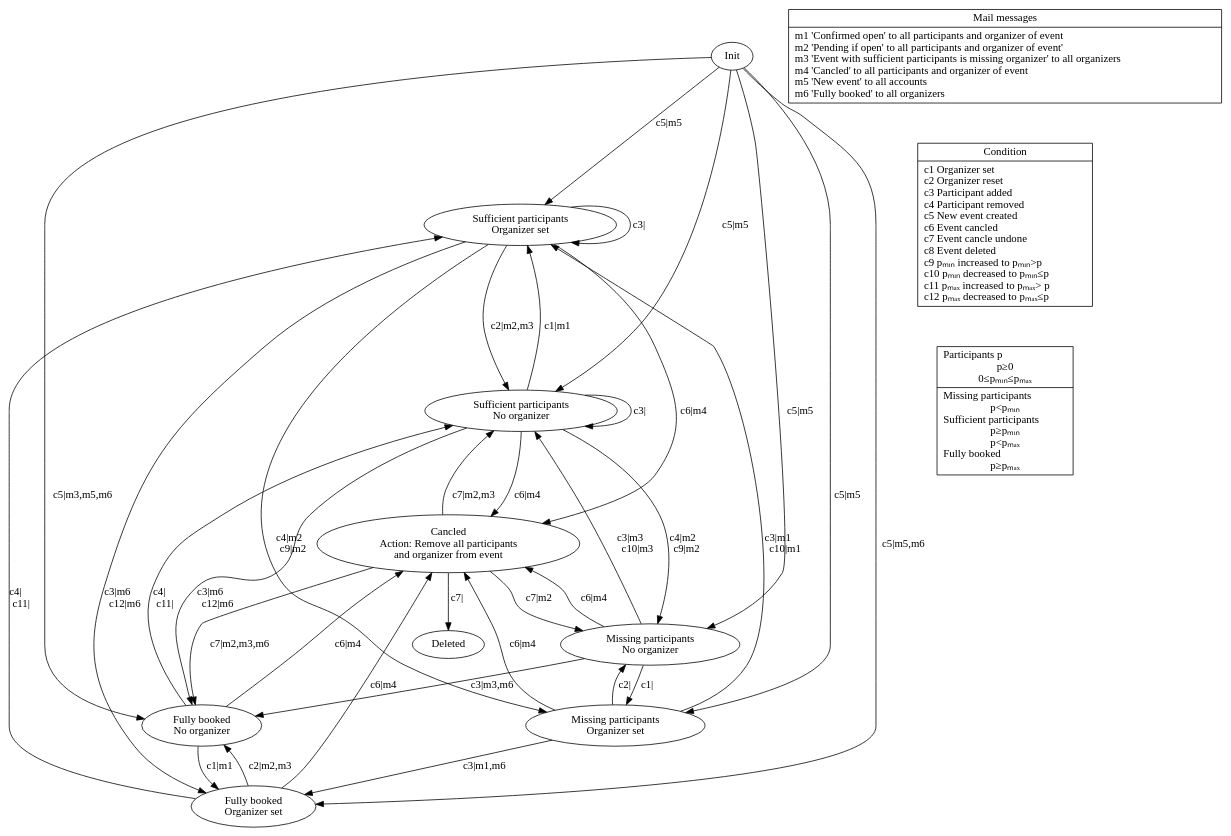
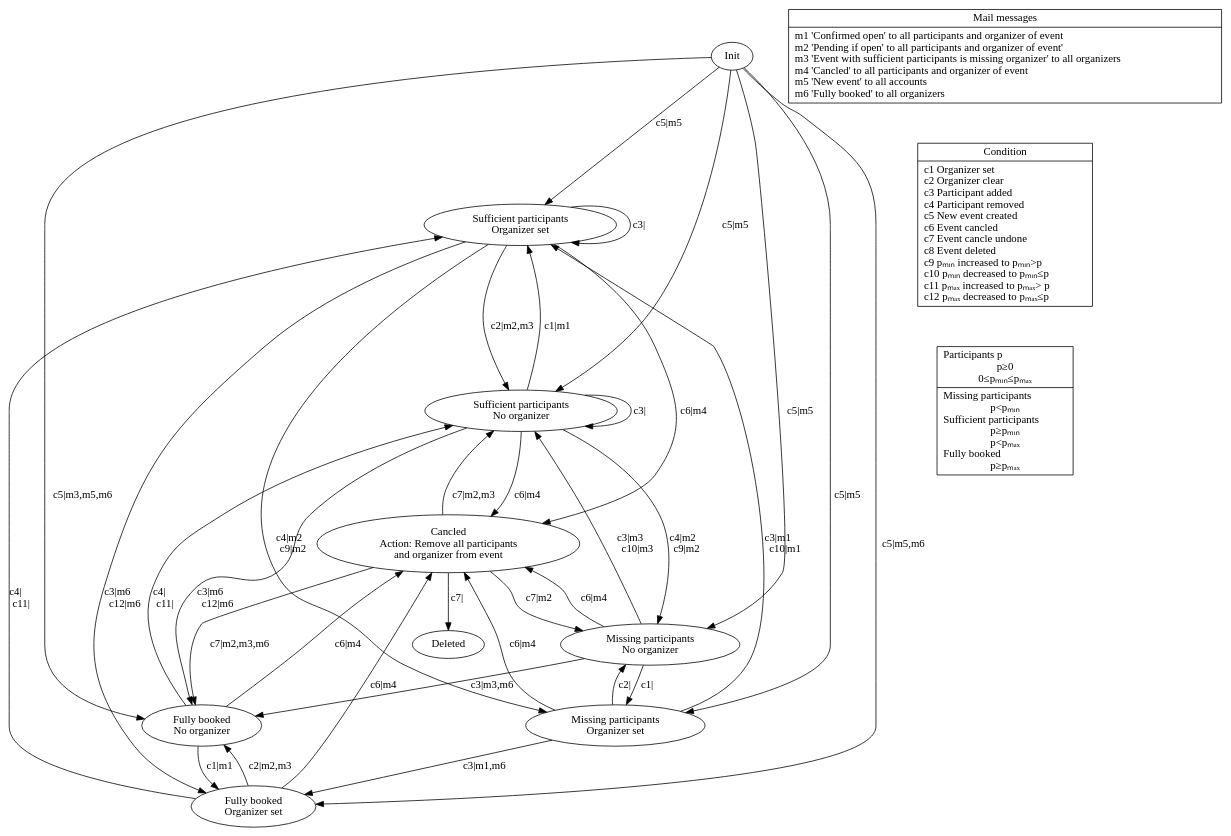
The diagram in eventFlow.dot (gilbertf/clubber), drawn with Graphviz before and after one commit. The commit also changed 27 other files, not shown here.

```diff
--- a/eventFlow.dot
+++ b/eventFlow.dot
@@ -1,54 +1,54 @@
 strict digraph {
     spos [label="Sufficient participants\nOrganizer set"]
     spno [label="Sufficient participants\nNo organizer"]
     mpos [label="Missing participants\nOrganizer set"]
     mpno [label="Missing participants\nNo organizer"]
     fbno [label="Fully booked\nNo organizer"]
     fbos [label="Fully booked\nOrganizer set"]
     c [label="Cancled\nAction: Remove all participants\nand organizer from event"]
     d [label="Deleted"]
     i [label="Init"]
 
     spos -> spno [label="c2|m2,m3"]
     spos -> mpos [label="c4|m2\lc9|m2"]
     spno -> spos [label="c1|m1"]
     mpos -> spos [label="c3|m1\lc10|m1"]
     mpos -> mpno [label="c2|"]
     mpno -> mpos [label="c1|"]
     mpno -> spno [label="c3|m3\lc10|m3"]
     spno -> mpno [label="c4|m2\lc9|m2"]
     spos -> fbos [label="c3|m6\lc12|m6"]
     spno -> fbno [label="c3|m6\lc12|m6"]
     fbno -> fbos [label="c1|m1"]
     fbno -> spno [label="c4|\lc11|"]
     fbos -> fbno [label="c2|m2,m3"]
     fbos -> spos [label="c4|\lc11|"]
     fbos -> c [label="c6|m4"]
     fbno -> c [label="c6|m4"]
     spno -> c [label="c6|m4"]
     spno -> spno [label="c3|"]
     mpos -> c [label="c6|m4"]
     mpos -> fbos [label="c3|m1,m6"]
     mpno -> fbno [label="c3|m3,m6"]
     mpno -> c [label="c6|m4"]
     spos -> c [label="c6|m4"]
     spos -> spos [label="c3|"]
     c -> mpno [label="c7|m2"]
     c -> spno [label="c7|m2,m3"]
     c -> d [label="c7|"]
     c -> fbno [label="c7|m2,m3,m6"]
     i -> spos [label="c5|m5"]
     i -> spno [label="c5|m5"]
     i -> mpos [label="c5|m5"]
     i -> mpno [label="c5|m5"]
     i -> fbno [label="c5|m3,m5,m6"]
     i -> fbos [label="c5|m5,m6"]
 
-    condition [shape=record, label="{Condition|c1 Organizer set\lc2 Organizer reset\lc3 Participant added\lc4 Participant removed\lc5 New event created\lc6 Event cancled\lc7 Event cancle undone\lc8 Event deleted\lc9 pₘᵢₙ increased to pₘᵢₙ\>p\lc10 pₘᵢₙ decreased to pₘᵢₙ\≤p\lc11 pₘₐₓ increased to pₘₐₓ\> p\lc12 pₘₐₓ decreased to pₘₐₓ\≤p\l}"]
+    condition [shape=record, label="{Condition|c1 Organizer set\lc2 Organizer clear\lc3 Participant added\lc4 Participant removed\lc5 New event created\lc6 Event cancled\lc7 Event cancle undone\lc8 Event deleted\lc9 pₘᵢₙ increased to pₘᵢₙ\>p\lc10 pₘᵢₙ decreased to pₘᵢₙ\≤p\lc11 pₘₐₓ increased to pₘₐₓ\> p\lc12 pₘₐₓ decreased to pₘₐₓ\≤p\l}"]
     mail [shape=record, label="{Mail messages|m1 'Confirmed open' to all participants and organizer of event\lm2 'Pending if open' to all participants and organizer of event'\lm3 'Event with sufficient participants is missing organizer' to all organizers\lm4 'Cancled' to all participants and organizer of event\lm5 'New event' to all accounts\lm6 'Fully booked' to all organizers\l}"]
     participants [shape=record, label="{Participants p\lp\≥0\n0\≤pₘᵢₙ\≤pₘₐₓ|Missing participants\lp\<pₘᵢₙ\nSufficient participants\lp\≥pₘᵢₙ\np\<pₘₐₓ\nFully booked\lp\≥pₘₐₓ}"]
 
 edge[ style=invis]
 mail -> condition -> participants
     
 }
```
